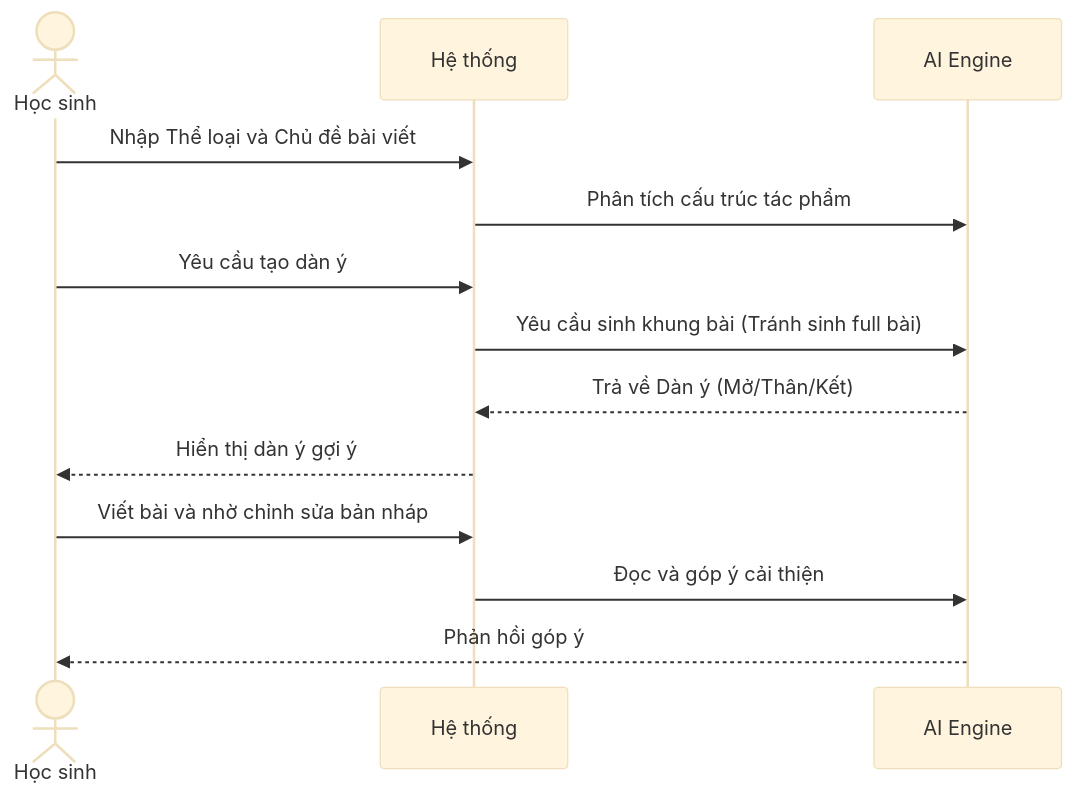
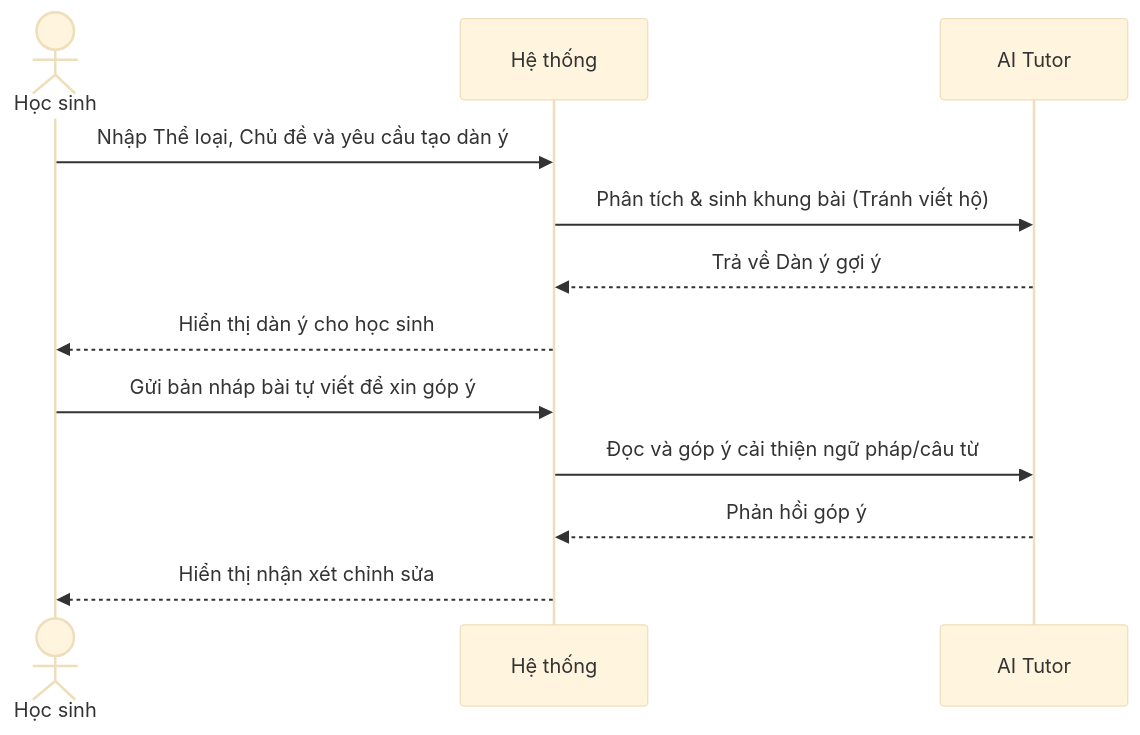
One commit to Cong-ty-TNNH-Q-Tech/Q-School changed the fourth of 8 diagrams in docs/usecase/nhom_5_magicstudent.md. Above: the diagram before and after it, drawn with Mermaid (base theme). The commit also changed other lines of this file and 4 other files, not shown here.

Commit message:
docs(usecase): standardize all tables and sequence diagrams, fix temporal logic and AI roles

````diff
--- a/docs/usecase/nhom_5_magicstudent.md
+++ b/docs/usecase/nhom_5_magicstudent.md
@@ -125,16 +109,15 @@
 ```mermaid
 sequenceDiagram
     actor HS as Học sinh
     participant HT as Hệ thống
-    participant AI as AI Engine
+    participant AI as AI Tutor
 
-    HS->>HT: Nhập Thể loại và Chủ đề bài viết
-    HT->>AI: Phân tích cấu trúc tác phẩm
-    HS->>HT: Yêu cầu tạo dàn ý
-    HT->>AI: Yêu cầu sinh khung bài (Tránh sinh full bài)
-    AI-->>HT: Trả về Dàn ý (Mở/Thân/Kết)
-    HT-->>HS: Hiển thị dàn ý gợi ý
-    HS->>HT: Viết bài và nhờ chỉnh sửa bản nháp
-    HT->>AI: Đọc và góp ý cải thiện
-    AI-->>HS: Phản hồi góp ý
+    HS->>HT: Nhập Thể loại, Chủ đề và yêu cầu tạo dàn ý
+    HT->>AI: Phân tích & sinh khung bài (Tránh viết hộ)
+    AI-->>HT: Trả về Dàn ý gợi ý
+    HT-->>HS: Hiển thị dàn ý cho học sinh
+    HS->>HT: Gửi bản nháp bài tự viết để xin góp ý
+    HT->>AI: Đọc và góp ý cải thiện ngữ pháp/câu từ
+    AI-->>HT: Phản hồi góp ý
+    HT-->>HS: Hiển thị nhận xét chỉnh sửa
 ```
````
